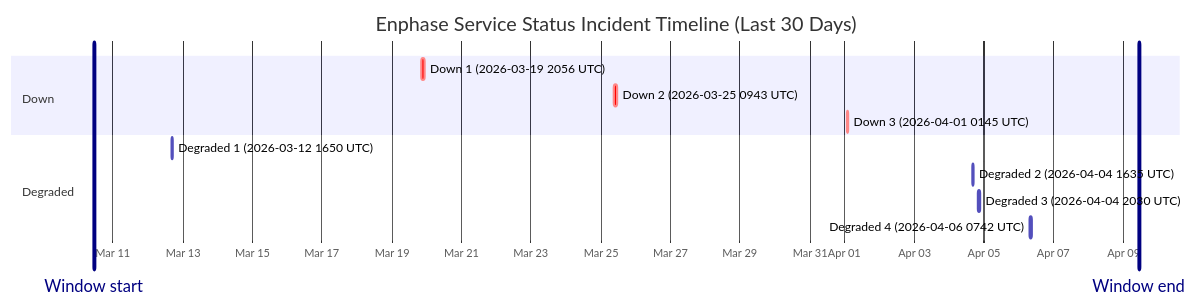
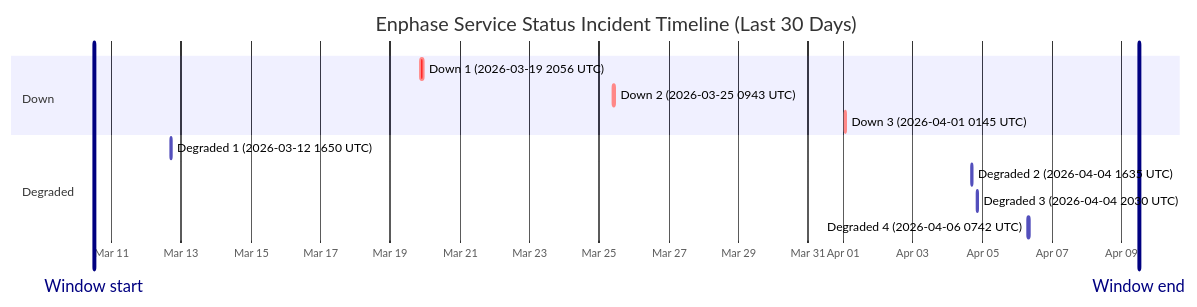
Before and after one commit to barneyonline/ha-enphase-ev-charger: the diagram in wiki/Service-Status-History.md, drawn with Mermaid. The commit also changed other lines of this file and 3 other files, not shown here.

````diff
--- a/wiki/Service-Status-History.md
+++ b/wiki/Service-Status-History.md
@@ -14,17 +14,17 @@
 ```mermaid
 gantt
     title Enphase Service Status Incident Timeline (Last 30 Days)
     dateFormat  YYYY-MM-DDTHH:mm:ss
     axisFormat  %b %d
-    Window start :vert, window-start, 2026-03-10T10:58:08, 0ms
-    Window end :vert, window-end, 2026-04-09T10:58:08, 0ms
+    Window start :vert, window-start, 2026-03-10T11:58:31, 0ms
+    Window end :vert, window-end, 2026-04-09T11:58:31, 0ms
     section Down
     Down 1 (2026-03-19 2056 UTC) :crit, down-1, 2026-03-19T20:56:20, 145m
     Down 2 (2026-03-25 0943 UTC) :crit, down-2, 2026-03-25T09:43:28, 111m
     Down 3 (2026-04-01 0145 UTC) :crit, down-3, 2026-04-01T01:45:09, 60m
     section Degraded
     Degraded 1 (2026-03-12 1650 UTC) :active, degraded-1, 2026-03-12T16:50:43, 60m
     Degraded 2 (2026-04-04 1635 UTC) :active, degraded-2, 2026-04-04T16:35:17, 60m
     Degraded 3 (2026-04-04 2030 UTC) :active, degraded-3, 2026-04-04T20:30:40, 60m
     Degraded 4 (2026-04-06 0742 UTC) :active, degraded-4, 2026-04-06T07:42:09, 85m
 ```
````
